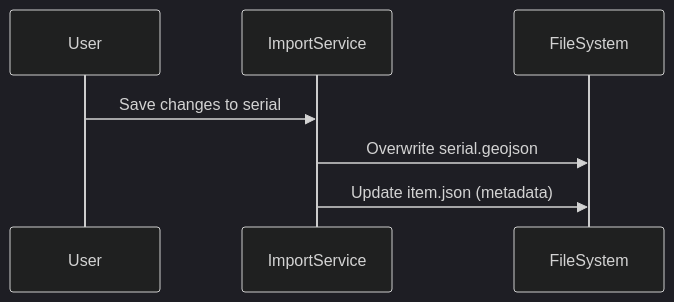
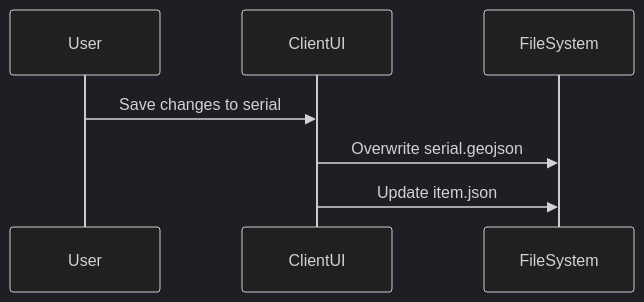
Before and after one commit to debrief/debrief.github.io: the third of 6 diagrams in future/sub-systems/stac_server_static.md, drawn with Mermaid (dark theme). The commit also changed other lines of this file, not shown here.

Commit message:
update diagrams

```diff
--- a/future/sub-systems/stac_server_static.md
+++ b/future/sub-systems/stac_server_static.md
@@ -156,10 +156,10 @@
 <div class="mermaid">
 sequenceDiagram
     participant User
-    participant ImportService
+    participant ClientUI
     participant FileSystem
 
-    User->>ImportService: Save changes to serial
-    ImportService->>FileSystem: Overwrite serial.geojson
-    ImportService->>FileSystem: Update item.json (metadata)
+    User->>ClientUI: Save changes to serial
+    ClientUI->>FileSystem: Overwrite serial.geojson
+    ClientUI->>FileSystem: Update item.json
 </div>
```
